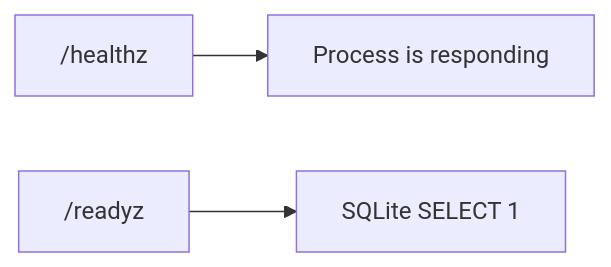
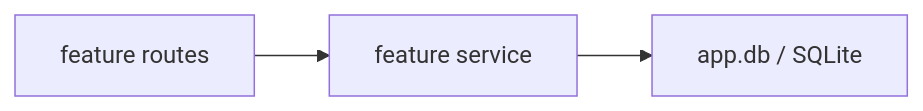
Before and after one commit to k-systems202208/python-sqlite-tailscale-webapp-template: the fifth of 8 diagrams in docs/ARCHITECTURE.md, drawn with Mermaid. The commit also changed other lines of this file and 26 other files, not shown here.

````diff
--- a/docs/ARCHITECTURE.md
+++ b/docs/ARCHITECTURE.md
@@ -73,5 +105,5 @@
 ```mermaid
 flowchart LR
-    H["/healthz"] --> P["Process is responding"]
-    R["/readyz"] --> D["SQLite SELECT 1"]
+    R["feature routes"] --> S["feature service"]
+    S --> D["app.db / SQLite"]
 ```
````
